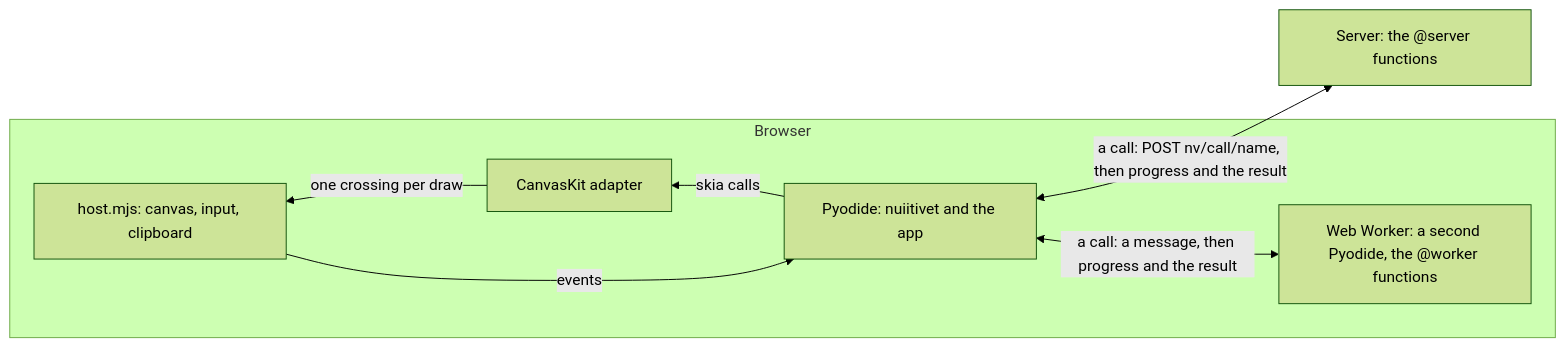
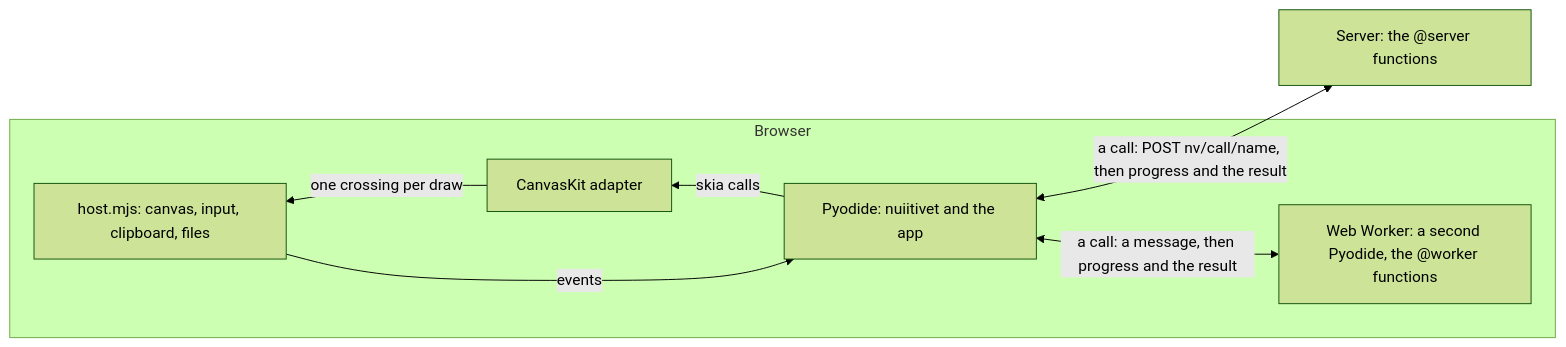
Before and after one commit to yuksblog/nuiitivet: the first of 3 diagrams in docs/design/WEB_TARGET.md, drawn with Mermaid (forest theme). The commit also changed other lines of this file and 9 other files, not shown here.

````diff
--- a/docs/design/WEB_TARGET.md
+++ b/docs/design/WEB_TARGET.md
@@ -16,15 +16,15 @@
 ```mermaid
 flowchart RL
     server[Server: the @server functions]
     subgraph browser [Browser]
         worker[Web Worker: a second Pyodide, the @worker functions]
         py[Pyodide: nuiitivet and the app]
         adapter[CanvasKit adapter]
-        host[host.mjs: canvas, input, clipboard]
+        host[host.mjs: canvas, input, clipboard, files]
     end
     server <-- "a call: POST nv/call/name, then progress and the result" --> py
     worker <-- "a call: a message, then progress and the result" --> py
     py -- "skia calls" --> adapter
     adapter -- "one crossing per draw" --> host
     host -- "events" --> py
 ```
````
